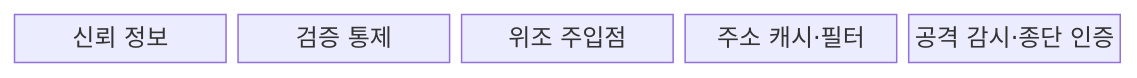
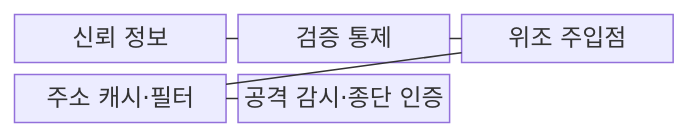
One commit to agnusdei1207/knowledge-base changed the first of 2 diagrams in src/content/docs/notes/05-security/024_network_spoofing.md. Above: the diagram before and after it, drawn with Mermaid. The commit also changed other lines of this file and 151 other files, not shown here.

````diff
--- a/src/content/docs/notes/05-security/024_network_spoofing.md
+++ b/src/content/docs/notes/05-security/024_network_spoofing.md
@@ -62,9 +62,13 @@
 ```mermaid
 block-beta
-    columns 5
+    columns 3
     T["신뢰 정보"]
     V["검증 통제"]
     A["위조 주입점"]
     C["주소 캐시·필터"]
     F["공격 감시·종단 인증"]
+    T --- V
+    V --- A
+    A --- C
+    C --- F
 ```
````
